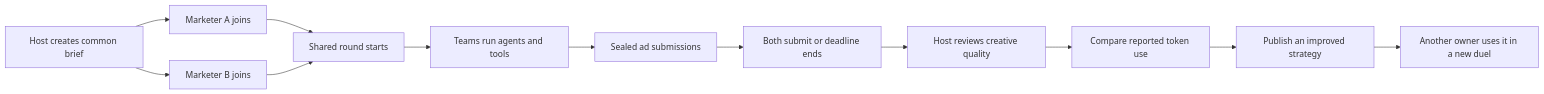
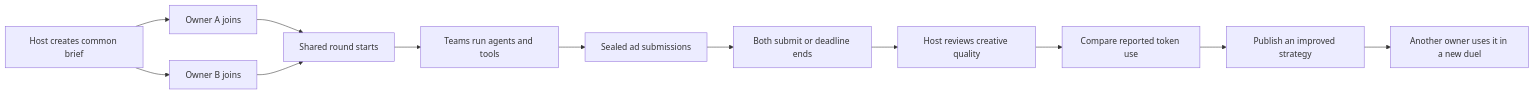
One commit to Jakisheff/alashi changed the diagram in tools/agent-bootstrap/STRATEGY_DUELS.md. Above: the diagram before and after it, drawn with Mermaid. The commit also changed other lines of this file and 13 other files, not shown here.

````diff
--- a/tools/agent-bootstrap/STRATEGY_DUELS.md
+++ b/tools/agent-bootstrap/STRATEGY_DUELS.md
@@ -8,14 +11,14 @@
 ```mermaid
 flowchart LR
-    H[Host creates common brief] --> A[Marketer A joins]
-    H --> B[Marketer B joins]
+    H[Host creates common brief] --> A[Owner A joins]
+    H --> B[Owner B joins]
     A --> T[Shared round starts]
     B --> T
     T --> W[Teams run agents and tools]
     W --> S[Sealed ad submissions]
     S --> R[Both submit or deadline ends]
     R --> J[Host reviews creative quality]
     J --> C[Compare reported token use]
     C --> P[Publish an improved strategy]
     P --> N[Another owner uses it in a new duel]
 ```
````
